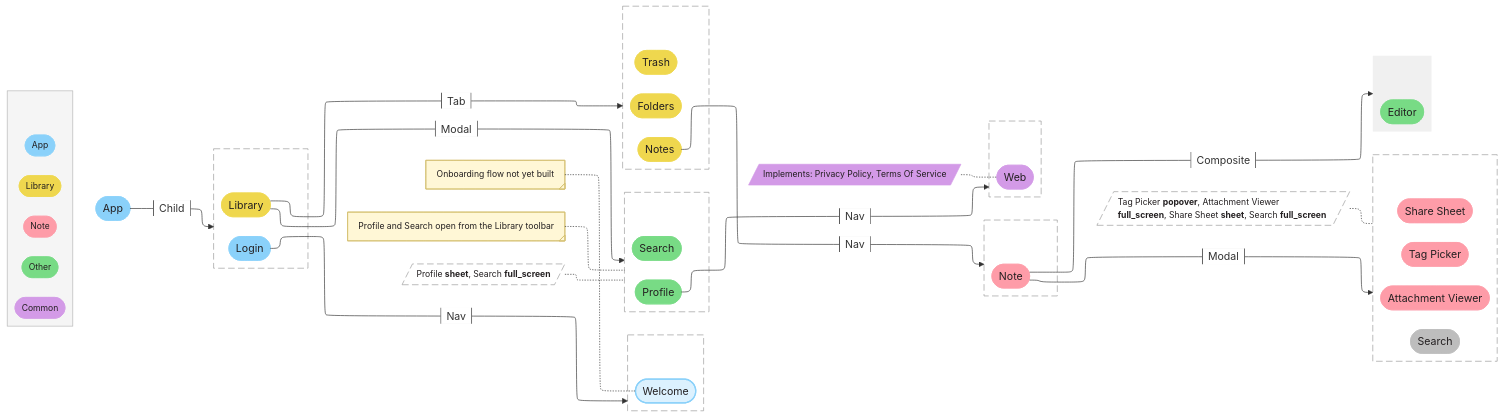
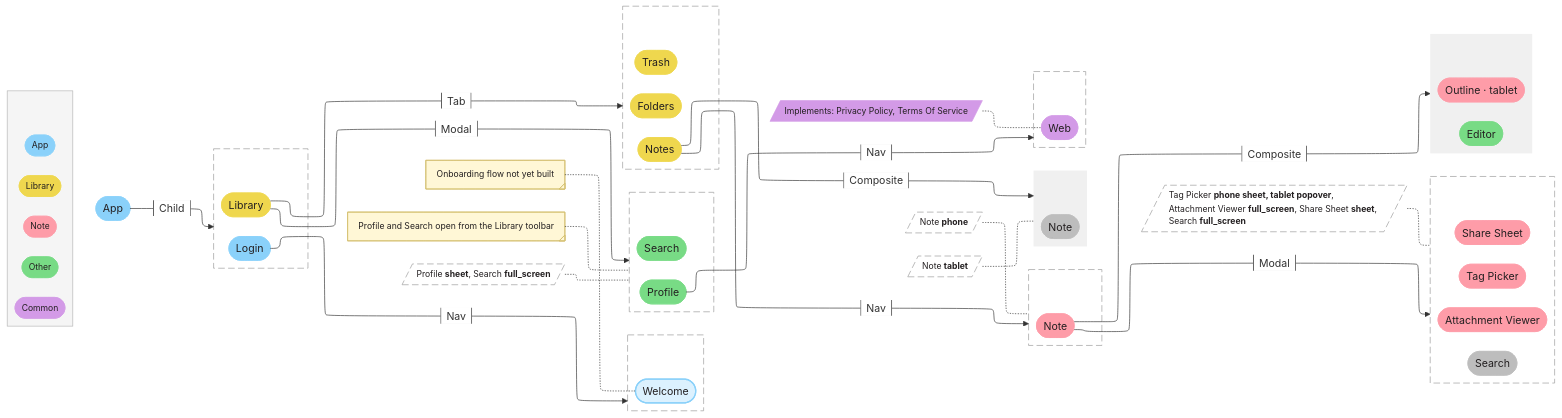
Before and after one commit to SwiftKickMobile/skai: the diagram in Guides/UIMap/ui-map-demo.md, drawn with Mermaid. The commit also changed other lines of this file and 11 other files, not shown here.

First line of the commit message:
UI Map page filters by form factor; designs promoted; demo map has phone and tablet differences (skai#67)

````diff
--- a/Guides/UIMap/ui-map-demo.md
+++ b/Guides/UIMap/ui-map-demo.md
@@ -122,6 +129,7 @@
     tag_picker(["Tag Picker"])
     attachment_viewer(["Attachment Viewer"])
     share_sheet(["Share Sheet"])
+    outline(["Outline · tablet"])
     profile(["Profile"])
     search(["Search"])
     editor(["Editor"])
@@ -161,6 +169,11 @@
         note
     end
 
+    notes -->|"<span style='background:white;border:1px solid black;padding:4px 8px'>Composite</span>"| notes_composite
+    subgraph notes_composite[" "]
+        note_at_notes_composite(["Note"])
+    end
+
     note -->|"<span style='background:white;border:1px solid black;padding:4px 8px'>Modal</span>"| note_modal
     subgraph note_modal[" "]
         direction LR
@@ -172,7 +185,9 @@
 
     note -->|"<span style='background:white;border:1px solid black;padding:4px 8px'>Composite</span>"| note_composite
     subgraph note_composite[" "]
+        direction LR
         editor
+        outline
     end
 
     profile -->|"<span style='background:white;border:1px solid black;padding:4px 8px'>Nav</span>"| profile_nav
@@ -190,15 +205,20 @@
 
     mstyle_library[/"<div style='text-align:left'>Profile <b>sheet</b>, Search <b>full_screen</b></div>"/]
     mstyle_library -.- library_modal
-    mstyle_note[/"<div style='text-align:left'>Tag Picker <b>popover</b>, Attachment Viewer <b>full_screen</b>, Share Sheet <b>sheet</b>, Search <b>full_screen</b></div>"/]
+    mstyle_note[/"<div style='text-align:left'>Tag Picker <b>phone sheet, tablet popover</b>, Attachment Viewer <b>full_screen</b>, Share Sheet <b>sheet</b>, Search <b>full_screen</b></div>"/]
     mstyle_note -.- note_modal
+
+    ffroute_notes_nav[/"<div style='text-align:left'>Note <b>phone</b></div>"/]
+    ffroute_notes_nav -.- notes_nav
+    ffroute_notes_composite[/"<div style='text-align:left'>Note <b>tablet</b></div>"/]
+    ffroute_notes_composite -.- notes_composite
 
     classDef app_domain fill:#8AD1FA,stroke:#8AD1FA,color:#231f20,filter:none
     class leg_app,app,login app_domain
     classDef library_domain fill:#EFD74E,stroke:#EFD74E,color:#231f20,filter:none
     class leg_library,library,notes,folders,trash library_domain
     classDef note_domain fill:#FE9CA8,stroke:#FE9CA8,color:#231f20,filter:none
-    class leg_note,note,tag_picker,attachment_viewer,share_sheet note_domain
+    class leg_note,note,tag_picker,attachment_viewer,share_sheet,outline note_domain
     classDef other_domain fill:#78DB85,stroke:#78DB85,color:#231f20,filter:none
     class leg_other,profile,search,editor other_domain
     classDef common_domain fill:#D39AE7,stroke:#D39AE7,color:#231f20,filter:none
@@ -206,18 +226,18 @@
     classDef app_todo fill:#8AD1FA4C,stroke:#8AD1FA,stroke-width:2px,color:#231f20,filter:none
     class welcome app_todo
     classDef pointer fill:#bdbdbd,stroke:#bdbdbd,color:#231f20,filter:none
-    class search_at_note_modal pointer
+    class note_at_notes_composite,search_at_note_modal pointer
     classDef mutex fill:#ffffff,stroke:#999,stroke-dasharray:10 5,filter:none
     class app_child,login_nav,library_modal,library_tab,notes_nav,note_modal,profile_nav mutex
     classDef composite fill:#f0f0f0,stroke:#f0f0f0,stroke-width:0px,filter:none
-    class note_composite composite
+    class notes_composite,note_composite composite
     classDef legendBox fill:#F5F5F5,stroke:#B5B5B5,color:#231f20,filter:none
     class domain_legend legendBox
     class impl_web common_domain
     classDef note fill:#fff7d6,stroke:#d4c171,color:#231f20,filter:none
     class note_welcome,note_library note
     classDef modalStyle fill:#ffffff,stroke:#999,stroke-dasharray:10 5,color:#231f20,filter:none
-    class mstyle_library,mstyle_note modalStyle
+    class mstyle_library,mstyle_note,ffroute_notes_nav,ffroute_notes_composite modalStyle
     classDef smallFont font-size:13px
-    class impl_web,note_welcome,note_library,mstyle_library,mstyle_note,leg_app,leg_library,leg_note,leg_other,leg_common smallFont
+    class impl_web,note_welcome,note_library,mstyle_library,mstyle_note,ffroute_notes_nav,ffroute_notes_composite,leg_app,leg_library,leg_note,leg_other,leg_common smallFont
 ```
````
